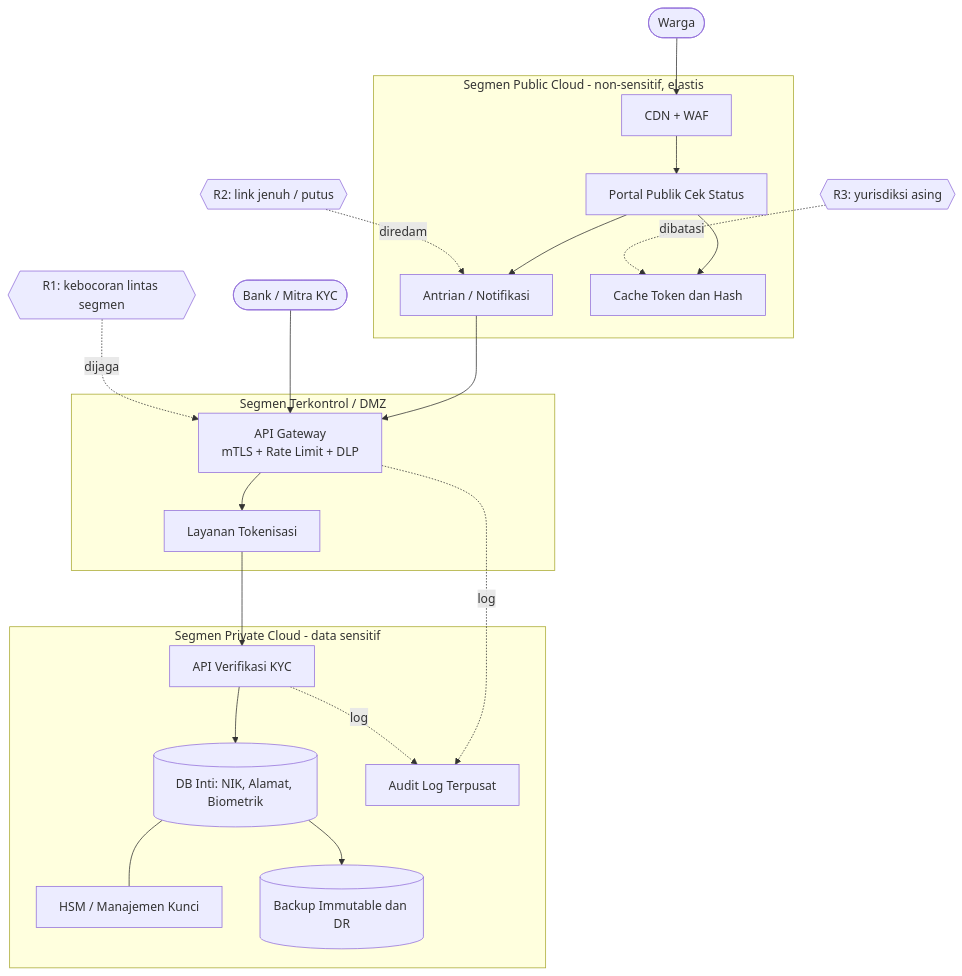
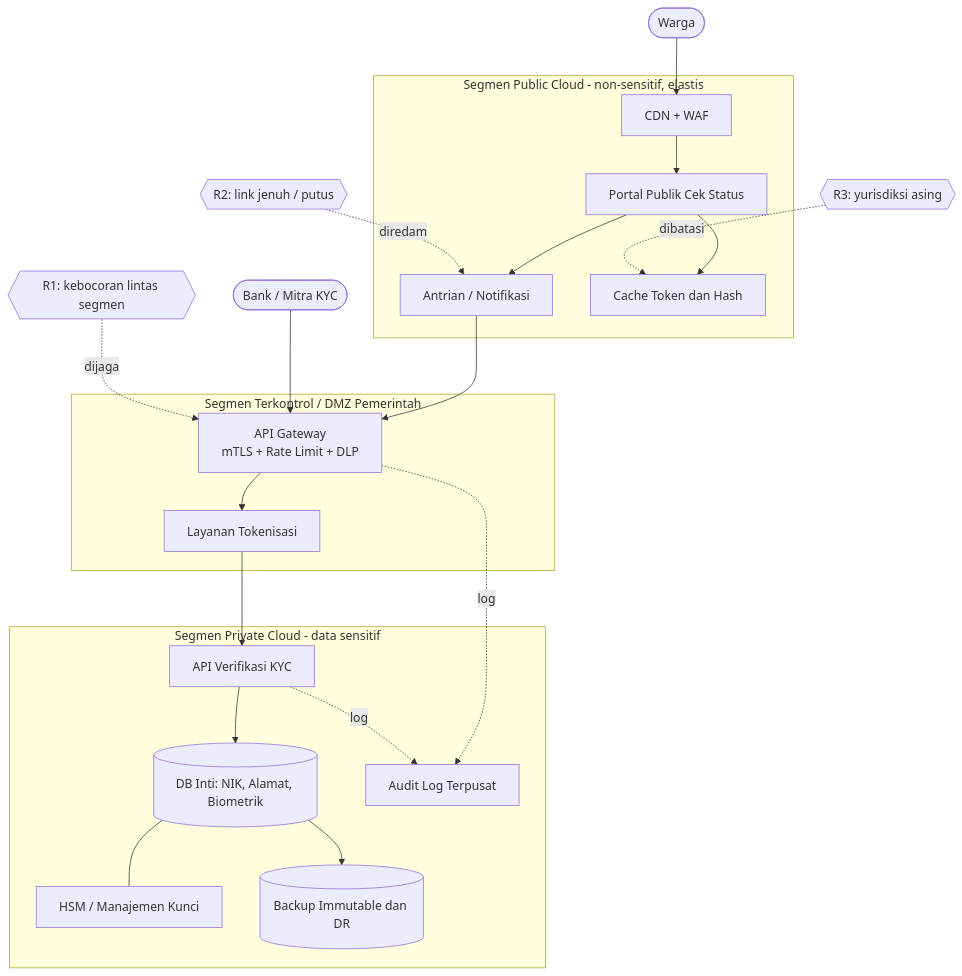
One commit to ValenNz/komputasi-awan-dan-terdistribusi changed the diagram in tugas-09-cloud-delivery-deployment/JURNAL.md. Above: the diagram before and after it, drawn with Mermaid. The commit also changed other lines of this file and 2 other files, not shown here.

````diff
--- a/tugas-09-cloud-delivery-deployment/JURNAL.md
+++ b/tugas-09-cloud-delivery-deployment/JURNAL.md
@@ -164,40 +161,40 @@
 ```mermaid
 flowchart TB
     WARGA([Warga])
     BANK([Bank / Mitra KYC])
  
     subgraph PUBLIK["Segmen Public Cloud - non-sensitif, elastis"]
         CDN["CDN + WAF"]
         PORTAL["Portal Publik Cek Status"]
         QUEUE["Antrian / Notifikasi"]
         CACHE["Cache Token dan Hash"]
     end
  
-    subgraph GATEWAY["Segmen Terkontrol / DMZ"]
+    subgraph GATEWAY["Segmen Terkontrol / DMZ Pemerintah"]
         APIGW["API Gateway<br/>mTLS + Rate Limit + DLP"]
         TOKEN["Layanan Tokenisasi"]
     end
  
     subgraph PRIVAT["Segmen Private Cloud - data sensitif"]
         KYC["API Verifikasi KYC"]
         DB[("DB Inti: NIK, Alamat, Biometrik")]
         HSM["HSM / Manajemen Kunci"]
         AUDIT["Audit Log Terpusat"]
         BACKUP[("Backup Immutable dan DR")]
     end
  
     WARGA --> CDN --> PORTAL
     PORTAL --> CACHE
     PORTAL --> QUEUE --> APIGW
     BANK --> APIGW
     APIGW --> TOKEN --> KYC
     KYC --> DB
     DB --- HSM
     DB --> BACKUP
     APIGW -.->|log| AUDIT
     KYC -.->|log| AUDIT
  
     R1{{"R1: kebocoran lintas segmen"}} -. dijaga .-> APIGW
     R2{{"R2: link jenuh / putus"}} -. diredam .-> QUEUE
     R3{{"R3: yurisdiksi asing"}} -. dibatasi .-> CACHE
 ```
````
